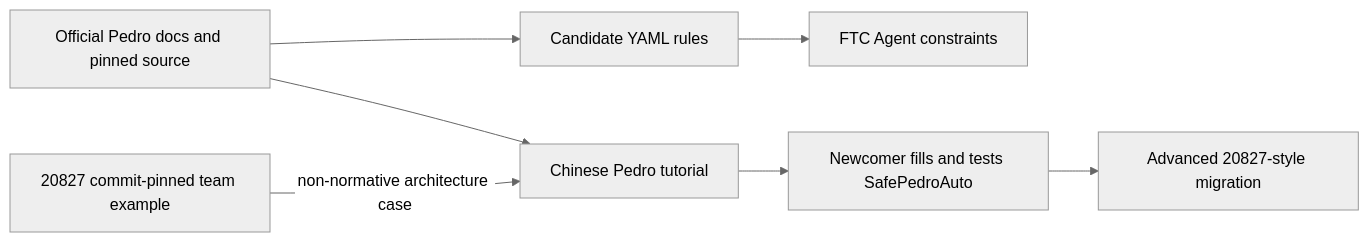
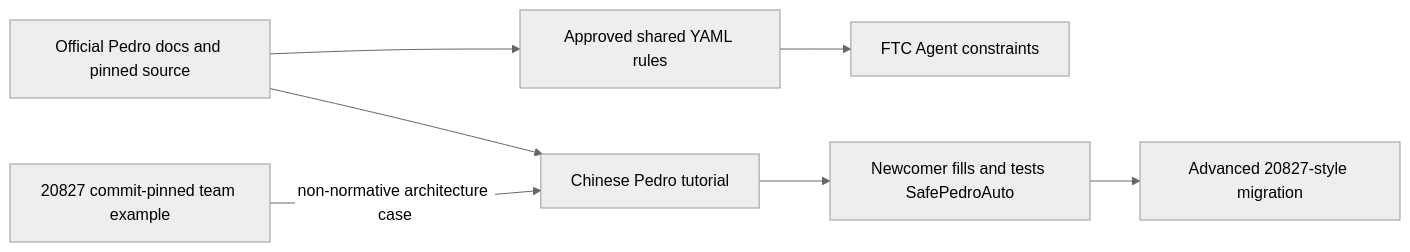
The first of 2 diagrams in docs/superpowers/specs/2026-08-13-pedro-newcomer-auto-tutorial-design.md (lucasnotfound59/FTC-Knowledge-Bank), drawn with Mermaid (neutral theme) before and after one commit. The commit also changed other lines of this file and 5 other files, not shown here.

Commit message:
docs: align knowledge status with approved rules

````diff
--- a/docs/superpowers/specs/2026-08-13-pedro-newcomer-auto-tutorial-design.md
+++ b/docs/superpowers/specs/2026-08-13-pedro-newcomer-auto-tutorial-design.md
@@ -91,9 +91,9 @@
 ```mermaid
 flowchart LR
-    A["Official Pedro docs and pinned source"] --> B["Candidate YAML rules"]
+    A["Official Pedro docs and pinned source"] --> B["Approved shared YAML rules"]
     A --> C["Chinese Pedro tutorial"]
     D["20827 commit-pinned team example"] -->|"non-normative architecture case"| C
     B --> E["FTC Agent constraints"]
     C --> F["Newcomer fills and tests SafePedroAuto"]
     F --> G["Advanced 20827-style migration"]
 ```
````
